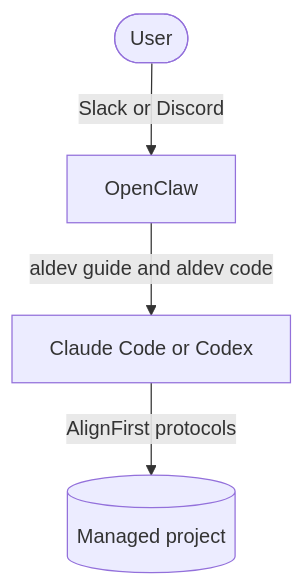
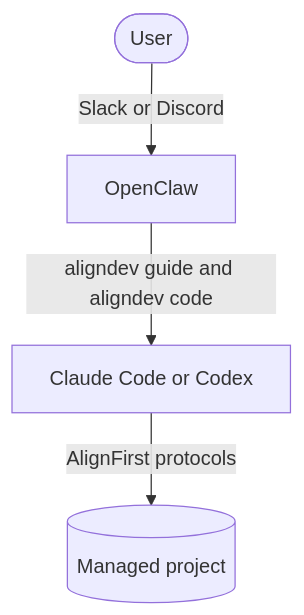
One commit to paleo/alignfirst changed the diagram in alignfirst-dev-kit.md. Above: the diagram before and after it, drawn with Mermaid. The commit also changed other lines of this file and 190 other files, not shown here.

Commit message:
refactor: rename aldev to aligndev

````diff
--- a/alignfirst-dev-kit.md
+++ b/alignfirst-dev-kit.md
@@ -8,6 +8,6 @@
 ```mermaid
 flowchart TD
   U([User]) -->|Slack or Discord| O[OpenClaw]
-  O -->|aldev guide and aldev code| CA[Claude Code or Codex]
+  O -->|aligndev guide and aligndev code| CA[Claude Code or Codex]
   CA -->|AlignFirst protocols| FS[(Managed project)]
 ```
````
